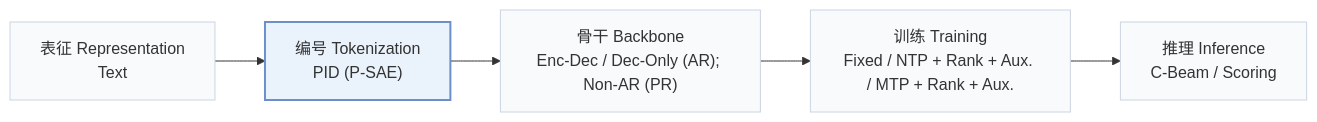
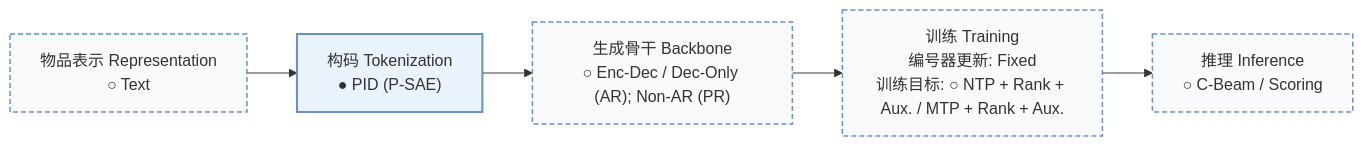
The first of 2 diagrams in pages/zh/papers/api.md (Galaxy-ghost/Awesome-SID-Generative-Rec), drawn with Mermaid before and after one commit. The commit also changed other lines of this file and 558 other files, not shown here.

````diff
--- a/pages/zh/papers/api.md
+++ b/pages/zh/papers/api.md
@@ -15,8 +19,10 @@
 ```mermaid
 flowchart LR
-    R["表征 Representation<br/>Text"] --> T["编号 Tokenization<br/>PID (P-SAE)"] --> B["骨干 Backbone<br/>Enc-Dec / Dec-Only (AR); Non-AR (PR)"] --> TR["训练 Training<br/>Fixed / NTP + Rank + Aux. / MTP + Rank + Aux."] --> I["推理 Inference<br/>C-Beam / Scoring"]
+    R["物品表示 Representation<br/>○ Text"] --> T["构码 Tokenization<br/>● PID (P-SAE)"] --> B["生成骨干 Backbone<br/>○ Enc-Dec / Dec-Only (AR); Non-AR (PR)"] --> TR["训练 Training<br/>编号器更新: Fixed<br/>训练目标: ○ NTP + Rank + Aux. / MTP + Rank + Aux."] --> I["推理 Inference<br/>○ C-Beam / Scoring"]
     classDef base fill:#f8fafc,stroke:#cbd5e1
     class R,T,B,TR,I base
+    classDef other fill:#f8fafc,stroke:#6b8fc7,stroke-width:1.5px,stroke-dasharray:5 3
+    class R,B,TR,I other
     classDef main fill:#eaf2fb,stroke:#6b8fc7,stroke-width:2px
     class T main
 ```
````
